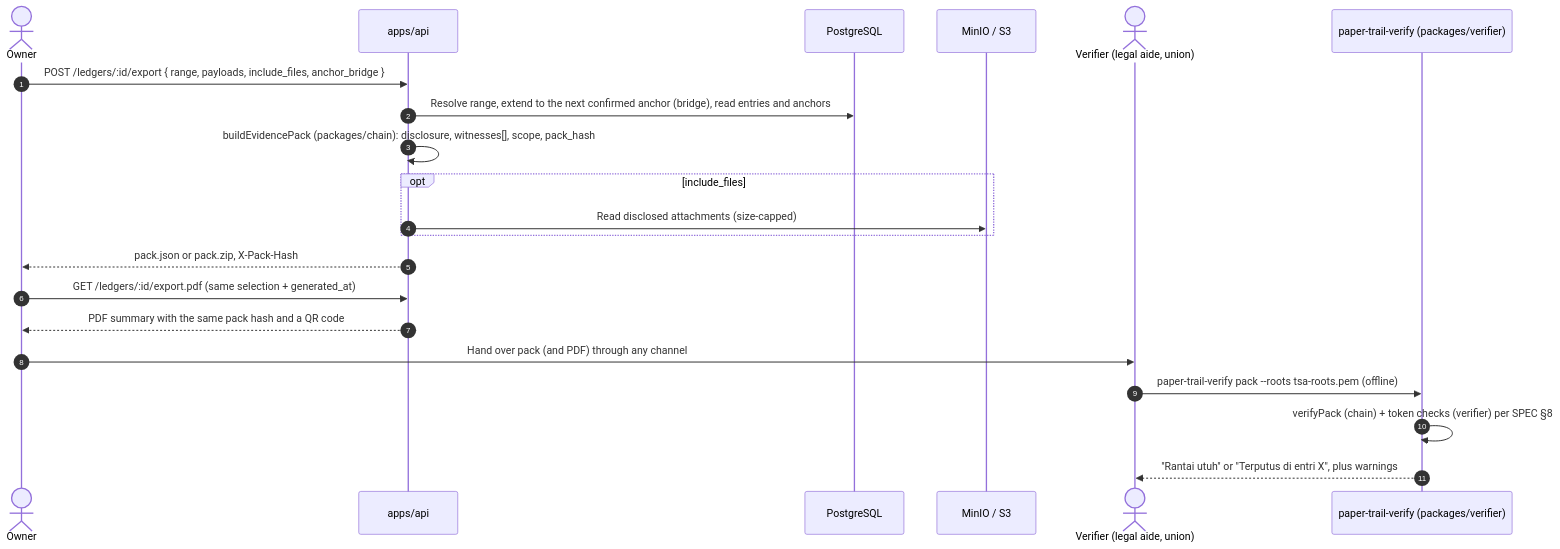
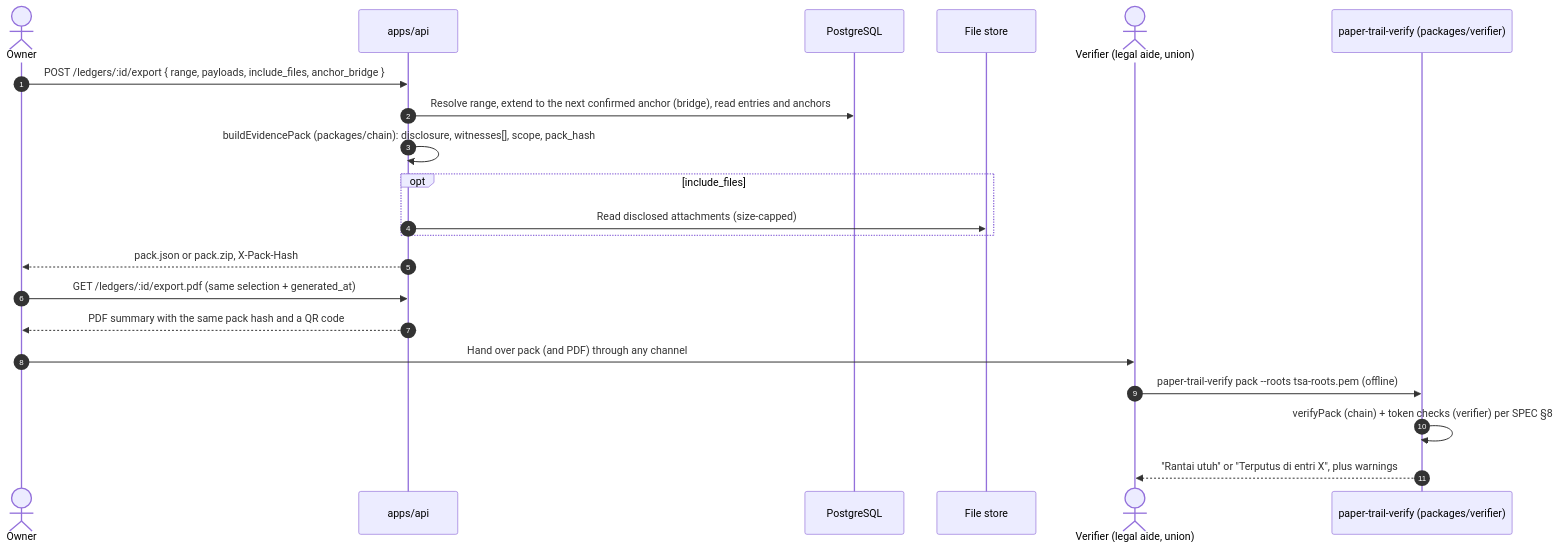
The fifth of 6 diagrams in docs/ARCHITECTURE.md (sellebeww/paper-trail), drawn with Mermaid before and after one commit. The commit also changed other lines of this file and 30 other files, not shown here.

````diff
--- a/docs/ARCHITECTURE.md
+++ b/docs/ARCHITECTURE.md
@@ -188,24 +188,24 @@
 ```mermaid
 sequenceDiagram
   autonumber
   actor O as Owner
   participant A as apps/api
   participant D as PostgreSQL
-  participant S as MinIO / S3
+  participant S as File store
   actor V as Verifier (legal aide, union)
   participant P as paper-trail-verify (packages/verifier)
 
   O->>A: POST /ledgers/:id/export { range, payloads, include_files, anchor_bridge }
   A->>D: Resolve range, extend to the next confirmed anchor (bridge), read entries and anchors
   A->>A: buildEvidencePack (packages/chain): disclosure, witnesses[], scope, pack_hash
   opt include_files
     A->>S: Read disclosed attachments (size-capped)
   end
   A-->>O: pack.json or pack.zip, X-Pack-Hash
   O->>A: GET /ledgers/:id/export.pdf (same selection + generated_at)
   A-->>O: PDF summary with the same pack hash and a QR code
   O->>V: Hand over pack (and PDF) through any channel
   V->>P: paper-trail-verify pack --roots tsa-roots.pem  (offline)
   P->>P: verifyPack (chain) + token checks (verifier) per SPEC §8
   P-->>V: "Rantai utuh" or "Terputus di entri X", plus warnings
 ```
````
